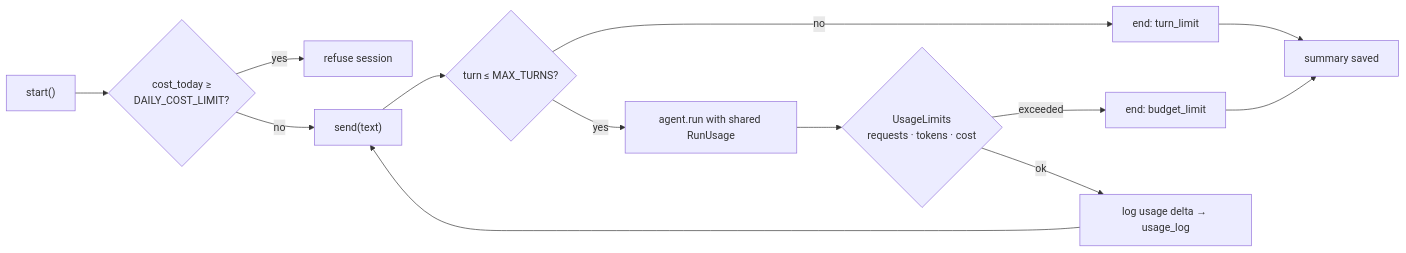
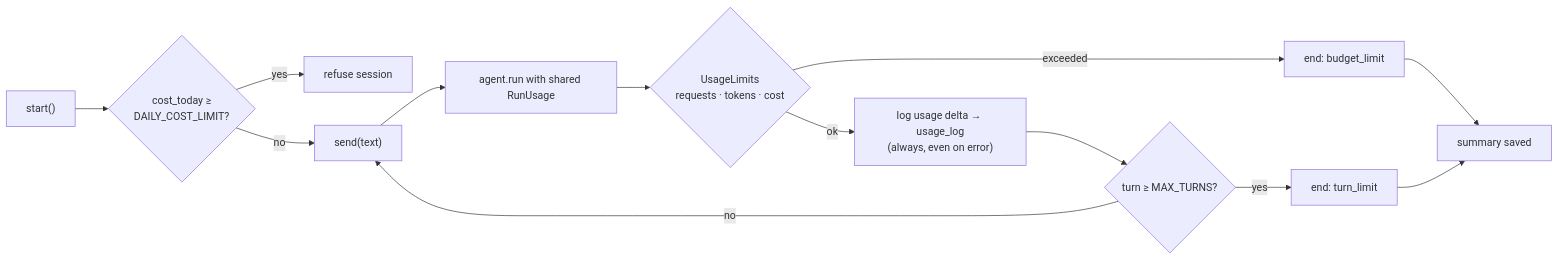
The fifth of 5 diagrams in docs/ARCHITECTURE.md (AhmedAman94/store-assistant), drawn with Mermaid before and after one commit. The commit also changed other lines of this file and 28 other files, not shown here.

````diff
--- a/docs/ARCHITECTURE.md
+++ b/docs/ARCHITECTURE.md
@@ -189,14 +202,14 @@
 ```mermaid
 flowchart LR
     A["start()"] --> B{"cost_today ≥<br/>DAILY_COST_LIMIT?"}
     B -- yes --> X["refuse session"]
     B -- no --> C["send(text)"]
-    C --> D{"turn ≤ MAX_TURNS?"}
-    D -- no --> E["end: turn_limit"]
-    D -- yes --> F["agent.run with shared RunUsage"]
+    C --> F["agent.run with shared RunUsage"]
     F --> G{"UsageLimits<br/>requests · tokens · cost"}
     G -- exceeded --> H["end: budget_limit"]
-    G -- ok --> I["log usage delta → usage_log"]
-    I --> C
+    G -- ok --> I["log usage delta → usage_log<br/>(always, even on error)"]
+    I --> D{"turn ≥ MAX_TURNS?"}
+    D -- yes --> E["end: turn_limit"]
+    D -- no --> C
     E & H --> J["summary saved"]
 ```
````
